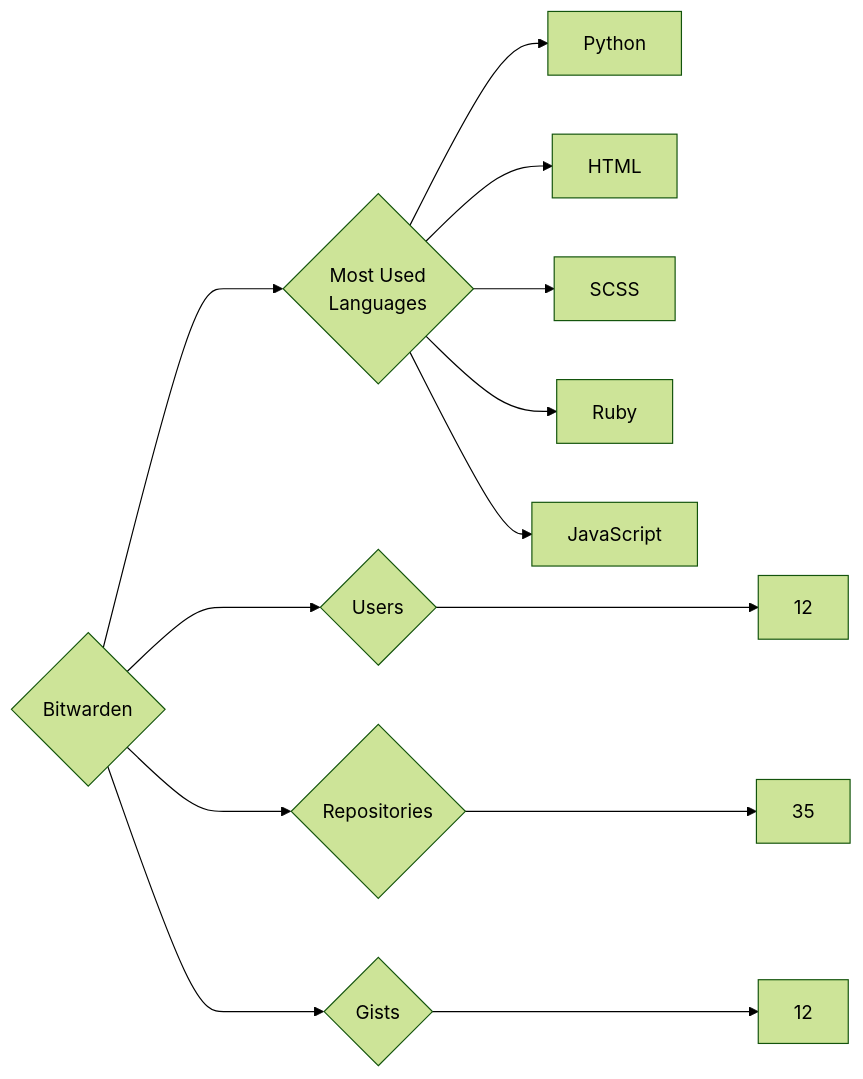
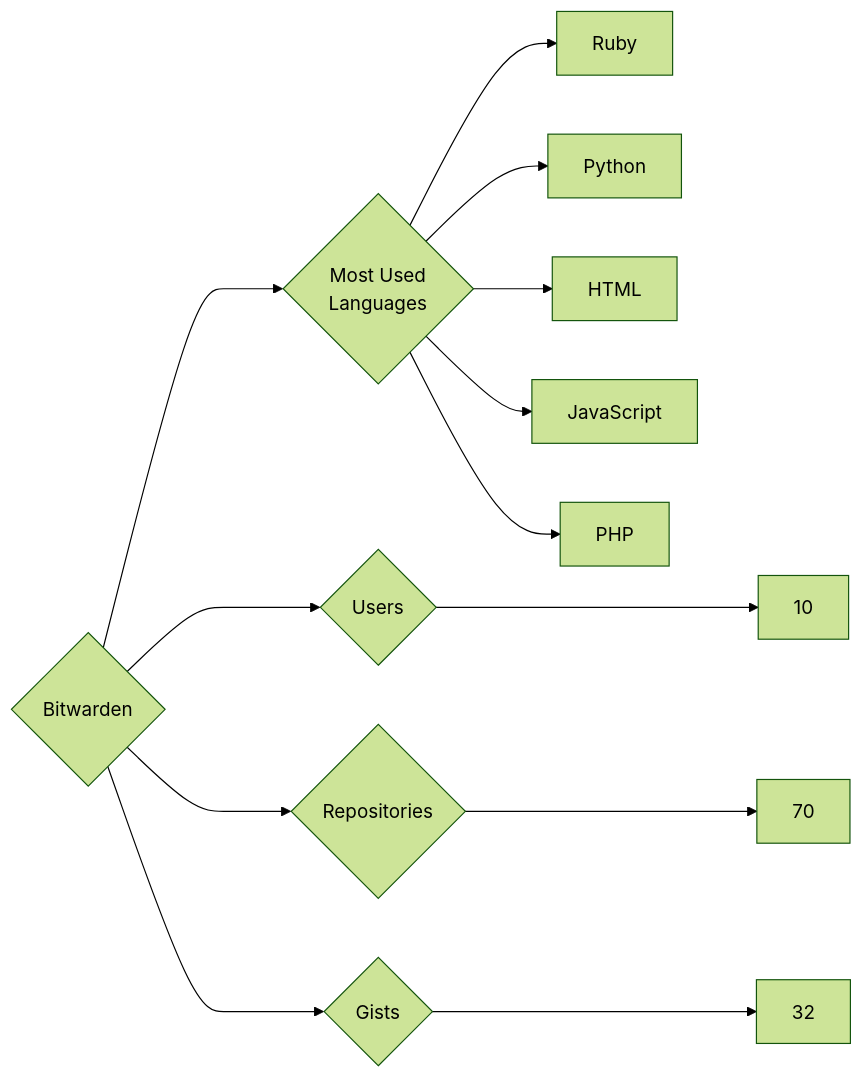
The diagram in targets/Bitwarden/README.md (trickest/insiders), drawn with Mermaid (forest theme) before and after one commit. The commit also changed 1036 other files, not shown here.

````diff
--- a/targets/Bitwarden/README.md
+++ b/targets/Bitwarden/README.md
@@ -3,13 +3,13 @@
 ```mermaid
 graph LR
 COMPANY_NAME{Bitwarden}
-COMPANY_NAME ---> U{Users} ---> UN[12]
-COMPANY_NAME ---> R{Repositories} ---> RN[35]
-COMPANY_NAME ---> G{Gists} ---> GN[12]
+COMPANY_NAME ---> U{Users} ---> UN[10]
+COMPANY_NAME ---> R{Repositories} ---> RN[70]
+COMPANY_NAME ---> G{Gists} ---> GN[32]
 COMPANY_NAME ---> ML{Most Used<br>Languages}
+ML --> Ruby[Ruby]
 ML --> Python[Python]
 ML --> HTML[HTML]
-ML --> SCSS[SCSS]
-ML --> Ruby[Ruby]
 ML --> JavaScript[JavaScript]
+ML --> PHP[PHP]
 ```
````
